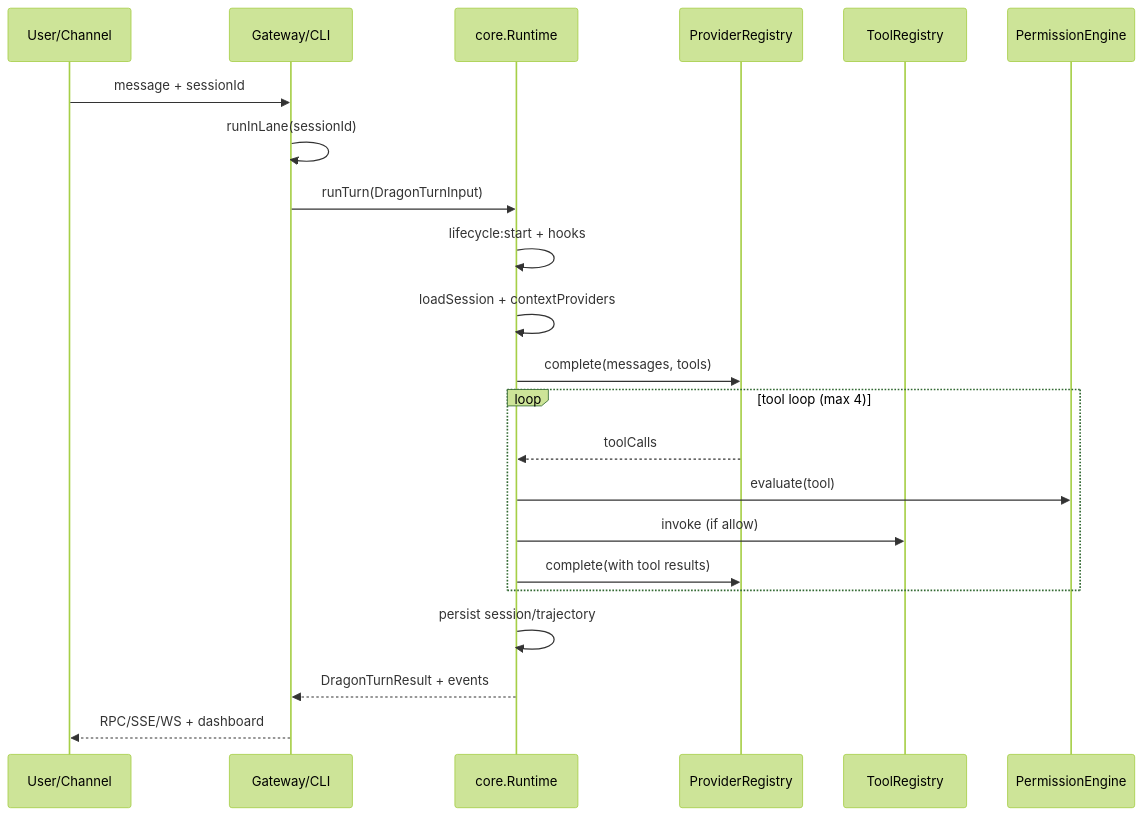
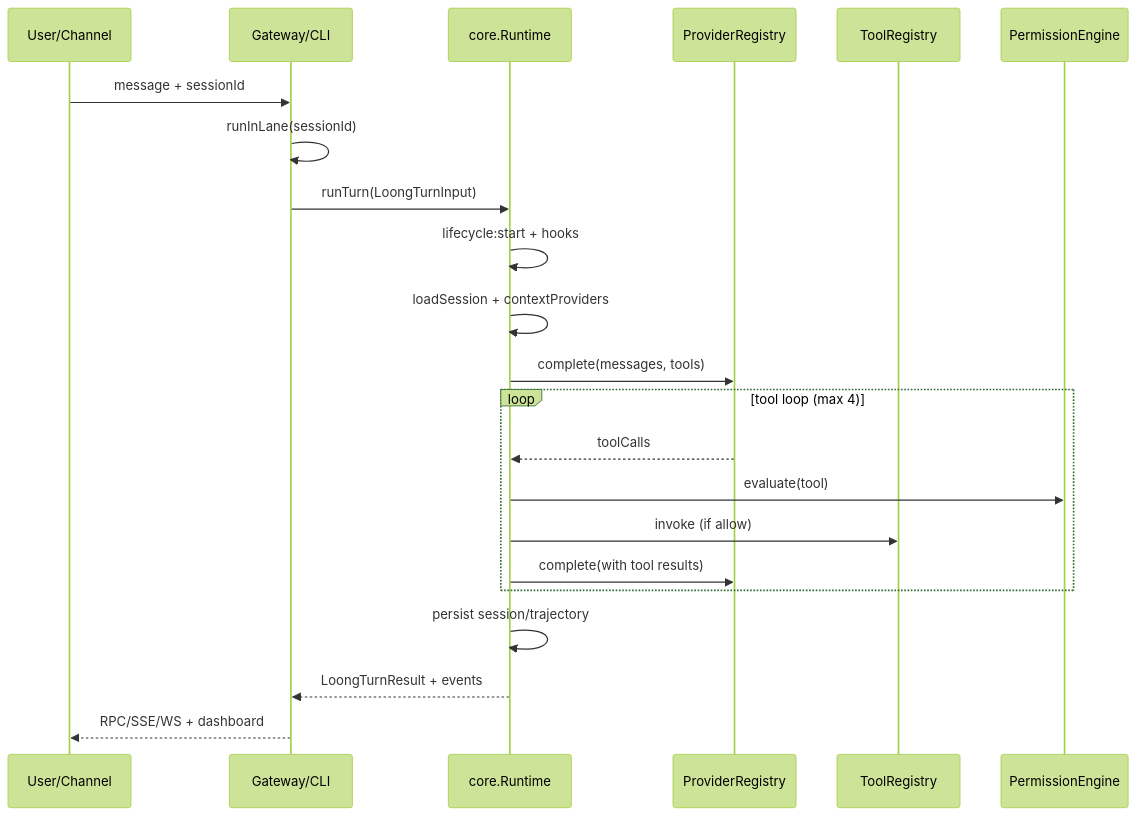
One commit to ZhiLiaoTech/Loong-Agent changed the diagram in docs/TECHNICAL_ARCHITECTURE.md. Above: the diagram before and after it, drawn with Mermaid (forest theme). The commit also changed other lines of this file and 722 other files, not shown here.

````diff
--- a/docs/TECHNICAL_ARCHITECTURE.md
+++ b/docs/TECHNICAL_ARCHITECTURE.md
@@ -71,25 +71,25 @@
 ```mermaid
 sequenceDiagram
   participant U as User/Channel
   participant GW as Gateway/CLI
   participant RT as core.Runtime
   participant PR as ProviderRegistry
   participant TR as ToolRegistry
   participant PE as PermissionEngine
 
   U->>GW: message + sessionId
   GW->>GW: runInLane(sessionId)
-  GW->>RT: runTurn(DragonTurnInput)
+  GW->>RT: runTurn(LoongTurnInput)
   RT->>RT: lifecycle:start + hooks
   RT->>RT: loadSession + contextProviders
   RT->>PR: complete(messages, tools)
   loop tool loop (max 4)
     PR-->>RT: toolCalls
     RT->>PE: evaluate(tool)
     RT->>TR: invoke (if allow)
     RT->>PR: complete(with tool results)
   end
   RT->>RT: persist session/trajectory
-  RT-->>GW: DragonTurnResult + events
+  RT-->>GW: LoongTurnResult + events
   GW-->>U: RPC/SSE/WS + dashboard
 ```
````
